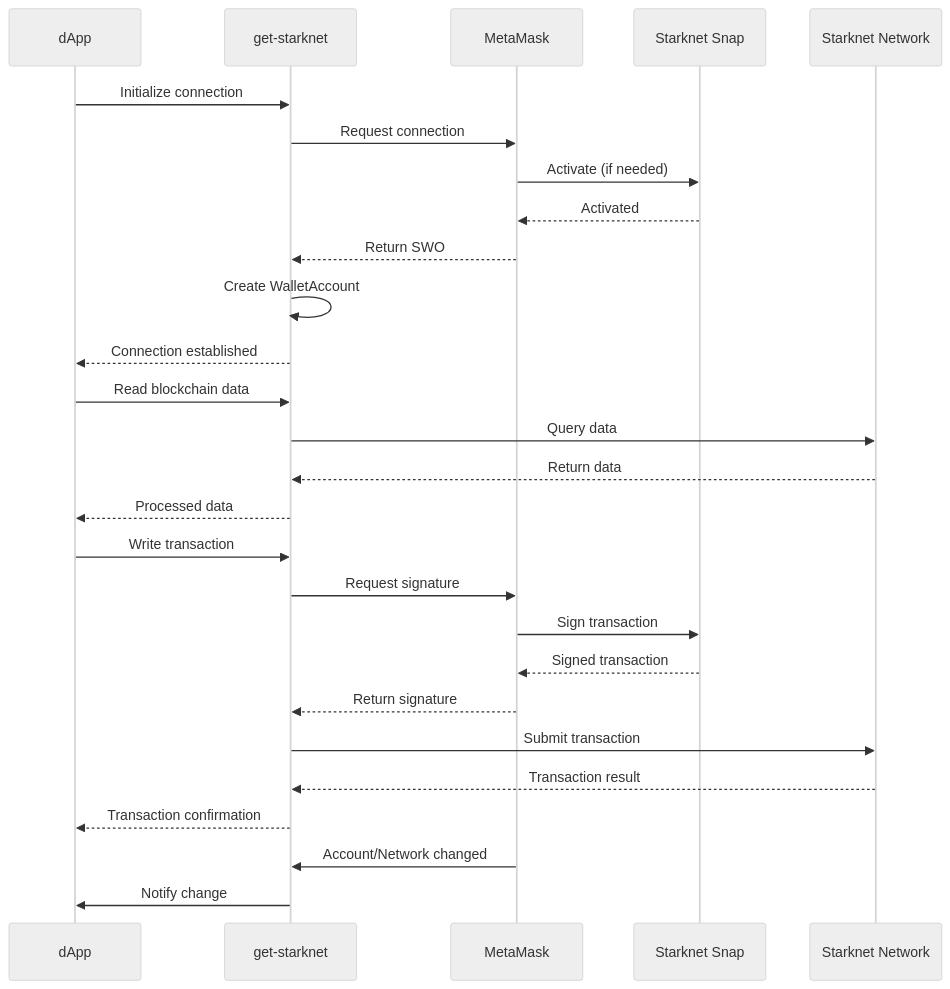
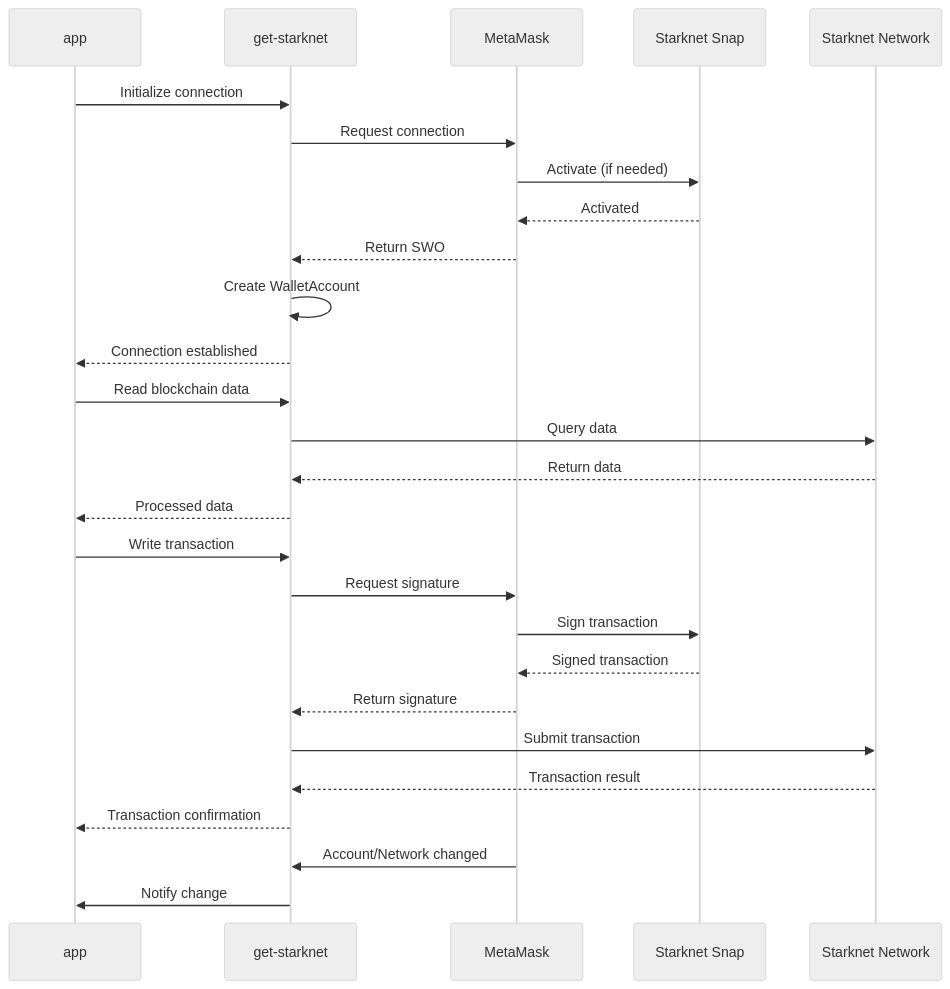
Before and after one commit to MetaMask/metamask-docs: the diagram in wallet/how-to/use-non-evm-networks/starknet-snap/index.md, drawn with Mermaid (neutral theme). The commit also changed other lines of this file, not shown here.

````diff
--- a/wallet/how-to/use-non-evm-networks/starknet-snap/index.md
+++ b/wallet/how-to/use-non-evm-networks/starknet-snap/index.md
@@ -34,30 +46,30 @@
 ```mermaid
 sequenceDiagram
-    participant dapp as dApp
+    participant dapp as app
     participant get as get-starknet
     participant mm as MetaMask
-    participant snap as Starknet Snap
+    participant Snap as Starknet Snap
     participant network as Starknet Network
 
     dapp->>get: Initialize connection
     get->>mm: Request connection
-    mm->>snap: Activate (if needed)
-    snap-->>mm: Activated
+    mm->>Snap: Activate (if needed)
+    Snap-->>mm: Activated
     mm-->>get: Return SWO
     get->>get: Create WalletAccount
     get-->>dapp: Connection established
     dapp->>get: Read blockchain data
     get->>network: Query data
     network-->>get: Return data
     get-->>dapp: Processed data
     dapp->>get: Write transaction
     get->>mm: Request signature
-    mm->>snap: Sign transaction
-    snap-->>mm: Signed transaction
+    mm->>Snap: Sign transaction
+    Snap-->>mm: Signed transaction
     mm-->>get: Return signature
     get->>network: Submit transaction
     network-->>get: Transaction result
     get-->>dapp: Transaction confirmation
     mm->>get: Account/Network changed
     get->>dapp: Notify change
 ```
````
